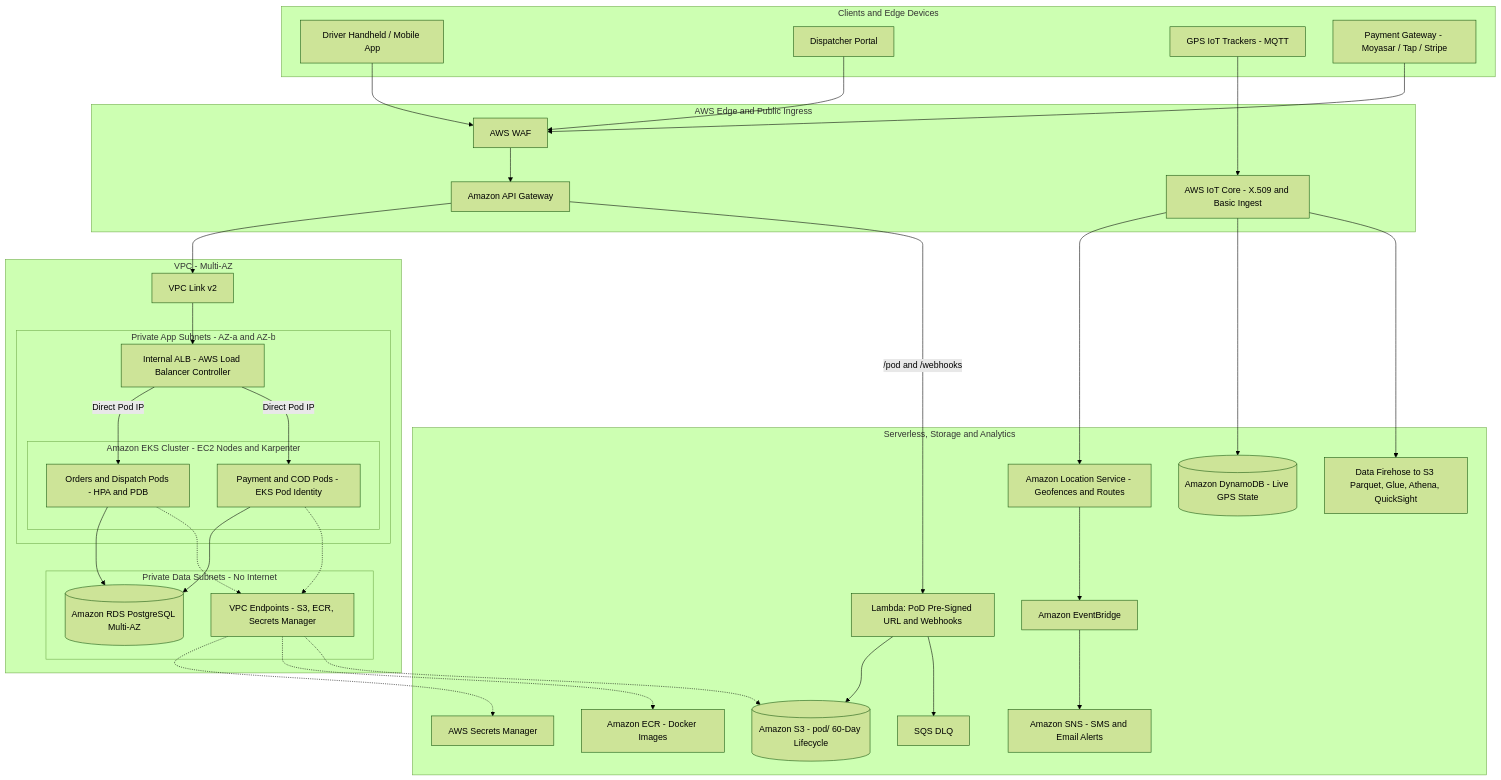
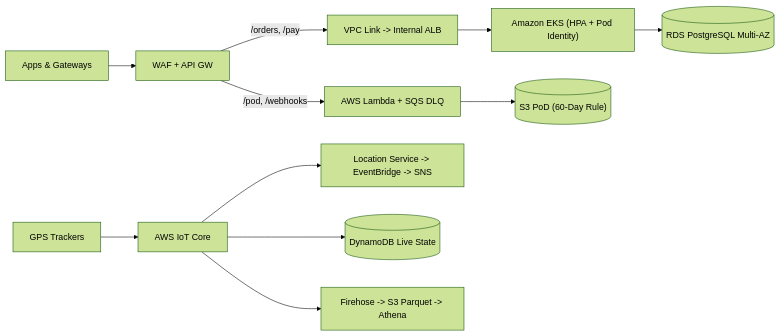
Before and after one commit to javeed489/Cloud-Native-Event-Driven-Logistics-Last-Mile-Delivery-Platform-AWS-EKS-Serverless-IoT-Terraform-: the diagram in README.md, drawn with Mermaid (forest theme).

````diff
--- a/README.md
+++ b/README.md
@@ -1,71 +1,14 @@
 ```mermaid
-flowchart TB
-    subgraph Clients["Clients and Edge Devices"]
-        Driver["Driver Handheld / Mobile App"]
-        Web["Dispatcher Portal"]
-        Van["GPS IoT Trackers - MQTT"]
-        PG["Payment Gateway - Moyasar / Tap / Stripe"]
-    end
+flowchart LR
+    Clients["Apps & Gateways"] --> Edge["WAF + API GW"]
+    Edge -->|"/orders, /pay"| VPC["VPC Link -> Internal ALB"]
+    VPC --> EKS["Amazon EKS (HPA + Pod Identity)"]
+    EKS --> RDS[("RDS PostgreSQL Multi-AZ")]
+    Edge -->|"/pod, /webhooks"| Lambda["AWS Lambda + SQS DLQ"]
+    Lambda --> S3PoD[("S3 PoD (60-Day Rule)")]
 
-    subgraph Edge["AWS Edge and Public Ingress"]
-        WAF["AWS WAF"]
-        APIGW["Amazon API Gateway"]
-        IoT["AWS IoT Core - X.509 and Basic Ingest"]
-    end
-
-    subgraph VPC["VPC - Multi-AZ"]
-        VPCLink["VPC Link v2"]
-
-        subgraph PrivateApp["Private App Subnets - AZ-a and AZ-b"]
-            ALB["Internal ALB - AWS Load Balancer Controller"]
-            subgraph EKS["Amazon EKS Cluster - EC2 Nodes and Karpenter"]
-                Pod1["Orders and Dispatch Pods - HPA and PDB"]
-                Pod2["Payment and COD Pods - EKS Pod Identity"]
-            end
-        end
-
-        subgraph PrivateData["Private Data Subnets - No Internet"]
-            RDS[("Amazon RDS PostgreSQL Multi-AZ")]
-            VPCE["VPC Endpoints - S3, ECR, Secrets Manager"]
-        end
-    end
-
-    subgraph Serverless["Serverless, Storage and Analytics"]
-        LambdaPoD["Lambda: PoD Pre-Signed URL and Webhooks"]
-        SQS["SQS DLQ"]
-        Loc["Amazon Location Service - Geofences and Routes"]
-        EB["Amazon EventBridge"]
-        SNS["Amazon SNS - SMS and Email Alerts"]
-        DDB[("Amazon DynamoDB - Live GPS State")]
-        S3PoD[("Amazon S3 - pod/ 60-Day Lifecycle")]
-        Firehose["Data Firehose to S3 Parquet, Glue, Athena, QuickSight"]
-        ECR["Amazon ECR - Docker Images"]
-        SM["AWS Secrets Manager"]
-    end
-
-    Driver --> WAF
-    Web --> WAF
-    PG --> WAF
-    WAF --> APIGW
-    APIGW --> VPCLink
-    VPCLink --> ALB
-    ALB -->|"Direct Pod IP"| Pod1
-    ALB -->|"Direct Pod IP"| Pod2
-    APIGW -->|"/pod and /webhooks"| LambdaPoD
-    LambdaPoD --> S3PoD
-    LambdaPoD --> SQS
-    Pod1 --> RDS
-    Pod2 --> RDS
-    Pod1 -.-> VPCE
-    Pod2 -.-> VPCE
-    VPCE -.-> SM
-    VPCE -.-> ECR
-    VPCE -.-> S3PoD
-
-    Van --> IoT
-    IoT --> Loc
-    Loc --> EB
-    EB --> SNS
-    IoT --> DDB
-    IoT --> Firehose
+    Vans["GPS Trackers"] --> IoT["AWS IoT Core"]
+    IoT --> Geo["Location Service -> EventBridge -> SNS"]
+    IoT --> DDB[("DynamoDB Live State")]
+    IoT --> Lake["Firehose -> S3 Parquet -> Athena"]
 ```
````
